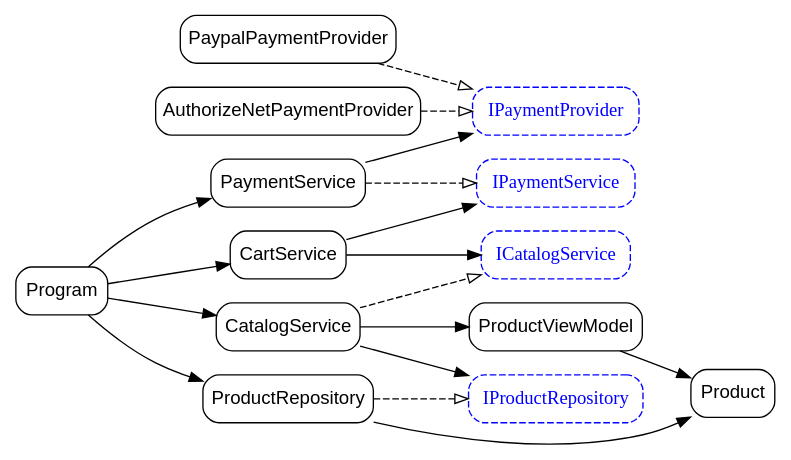
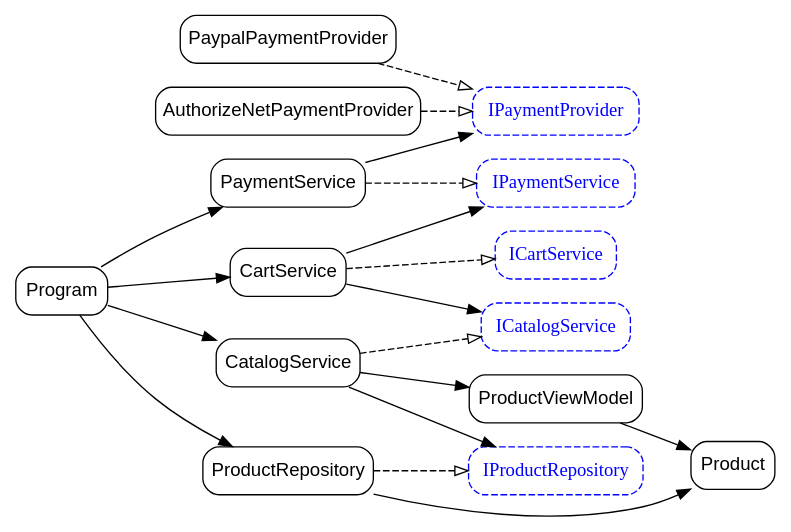
One commit to valadas/DependencyInjectionDemo changed the diagram in class-dependencies.dot. Above: the diagram before and after it, drawn with Graphviz. The commit also changed 3 other files, not shown here.

Commit message:
Reversed dependencies on CartService

```diff
--- a/class-dependencies.dot
+++ b/class-dependencies.dot
@@ -1,34 +1,36 @@
 digraph ClassDependencies {
     rankdir=LR;
     node [shape=box, style=rounded, fontname="Arial"];
-        "DependencyInjectionDemo.Services.Catalog.Data.Entiities.Product" [label="Product"];
+        "DependencyInjectionDemo.Services.Payment.Providers.IPaymentProvider" [label="IPaymentProvider", style="dashed,rounded", fontname="Arial Italic", color="blue", fontcolor="blue"];
+    "DependencyInjectionDemo.Services.Catalog.Data.Entiities.Product" [label="Product"];
     "DependencyInjectionDemo.Services.Catalog.Data.ViewModels.ProductViewModel" [label="ProductViewModel"];
     "DependencyInjectionDemo.Services.Catalog.ICatalogService" [label="ICatalogService", style="dashed,rounded", fontname="Arial Italic", color="blue", fontcolor="blue"];
     "DependencyInjectionDemo.Services.Catalog.CatalogService" [label="CatalogService"];
     "DependencyInjectionDemo.Services.Payment.Providers.PaypalPaymentProvider" [label="PaypalPaymentProvider"];
+    "DependencyInjectionDemo.Services.Cart.ICartService" [label="ICartService", style="dashed,rounded", fontname="Arial Italic", color="blue", fontcolor="blue"];
     "DependencyInjectionDemo.Services.Payment.IPaymentService" [label="IPaymentService", style="dashed,rounded", fontname="Arial Italic", color="blue", fontcolor="blue"];
-    "DependencyInjectionDemo.Program" [label="Program"];
     "DependencyInjectionDemo.Services.Catalog.Data.Repositories.IProductRepository" [label="IProductRepository", style="dashed,rounded", fontname="Arial Italic", color="blue", fontcolor="blue"];
     "DependencyInjectionDemo.Services.Catalog.Data.Repositories.ProductRepository" [label="ProductRepository"];
     "DependencyInjectionDemo.Services.Payment.Providers.AuthorizeNetPaymentProvider" [label="AuthorizeNetPaymentProvider"];
     "DependencyInjectionDemo.Services.Cart.CartService" [label="CartService"];
     "DependencyInjectionDemo.Services.Payment.PaymentService" [label="PaymentService"];
-    "DependencyInjectionDemo.Services.Payment.Providers.IPaymentProvider" [label="IPaymentProvider", style="dashed,rounded", fontname="Arial Italic", color="blue", fontcolor="blue"];
+    "DependencyInjectionDemo.Program" [label="Program"];
 
     "DependencyInjectionDemo.Services.Catalog.Data.ViewModels.ProductViewModel" -> "DependencyInjectionDemo.Services.Catalog.Data.Entiities.Product";
     "DependencyInjectionDemo.Services.Catalog.CatalogService" -> "DependencyInjectionDemo.Services.Catalog.Data.Repositories.IProductRepository";
     "DependencyInjectionDemo.Services.Catalog.CatalogService" -> "DependencyInjectionDemo.Services.Catalog.Data.ViewModels.ProductViewModel";
+    "DependencyInjectionDemo.Services.Catalog.Data.Repositories.ProductRepository" -> "DependencyInjectionDemo.Services.Catalog.Data.Entiities.Product";
+    "DependencyInjectionDemo.Services.Cart.CartService" -> "DependencyInjectionDemo.Services.Catalog.ICatalogService";
+    "DependencyInjectionDemo.Services.Cart.CartService" -> "DependencyInjectionDemo.Services.Payment.IPaymentService";
+    "DependencyInjectionDemo.Services.Payment.PaymentService" -> "DependencyInjectionDemo.Services.Payment.Providers.IPaymentProvider";
     "DependencyInjectionDemo.Program" -> "DependencyInjectionDemo.Services.Catalog.Data.Repositories.ProductRepository";
     "DependencyInjectionDemo.Program" -> "DependencyInjectionDemo.Services.Catalog.CatalogService";
     "DependencyInjectionDemo.Program" -> "DependencyInjectionDemo.Services.Payment.PaymentService";
     "DependencyInjectionDemo.Program" -> "DependencyInjectionDemo.Services.Cart.CartService";
-    "DependencyInjectionDemo.Services.Catalog.Data.Repositories.ProductRepository" -> "DependencyInjectionDemo.Services.Catalog.Data.Entiities.Product";
-    "DependencyInjectionDemo.Services.Cart.CartService" -> "DependencyInjectionDemo.Services.Catalog.ICatalogService";
-    "DependencyInjectionDemo.Services.Cart.CartService" -> "DependencyInjectionDemo.Services.Payment.IPaymentService";
-    "DependencyInjectionDemo.Services.Payment.PaymentService" -> "DependencyInjectionDemo.Services.Payment.Providers.IPaymentProvider";
     "DependencyInjectionDemo.Services.Catalog.CatalogService" -> "DependencyInjectionDemo.Services.Catalog.ICatalogService" [arrowhead="empty", style="dashed"];
     "DependencyInjectionDemo.Services.Payment.Providers.PaypalPaymentProvider" -> "DependencyInjectionDemo.Services.Payment.Providers.IPaymentProvider" [arrowhead="empty", style="dashed"];
     "DependencyInjectionDemo.Services.Catalog.Data.Repositories.ProductRepository" -> "DependencyInjectionDemo.Services.Catalog.Data.Repositories.IProductRepository" [arrowhead="empty", style="dashed"];
     "DependencyInjectionDemo.Services.Payment.Providers.AuthorizeNetPaymentProvider" -> "DependencyInjectionDemo.Services.Payment.Providers.IPaymentProvider" [arrowhead="empty", style="dashed"];
+    "DependencyInjectionDemo.Services.Cart.CartService" -> "DependencyInjectionDemo.Services.Cart.ICartService" [arrowhead="empty", style="dashed"];
     "DependencyInjectionDemo.Services.Payment.PaymentService" -> "DependencyInjectionDemo.Services.Payment.IPaymentService" [arrowhead="empty", style="dashed"];
 }
```
